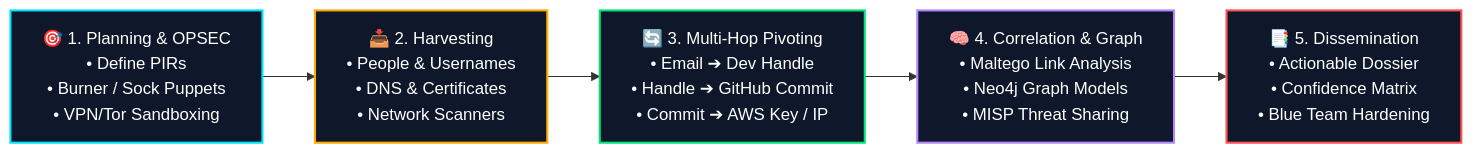
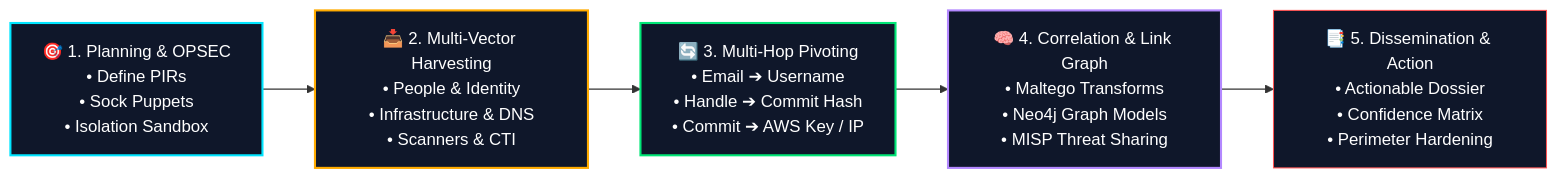
The first of 16 diagrams in OSINT/Over all OSINT/OSINT_Complete_Framework_and_Investigation_Guide.md (sivaoffl04/Cyber-Blog), drawn with Mermaid before and after one commit. The commit also changed other lines of this file and 1 other file, not shown here.

````diff
--- a/OSINT/Over all OSINT/OSINT_Complete_Framework_and_Investigation_Guide.md
+++ b/OSINT/Over all OSINT/OSINT_Complete_Framework_and_Investigation_Guide.md
@@ -29,14 +29,29 @@
 ```mermaid
 flowchart LR
-    P["🎯 1. Planning & OPSEC\n• Define PIRs\n• Burner / Sock Puppets\n• VPN/Tor Sandboxing"] 
-    --> C["📥 2. Harvesting\n• People & Usernames\n• DNS & Certificates\n• Network Scanners"]
-    --> PV["🔄 3. Multi-Hop Pivoting\n• Email ➔ Dev Handle\n• Handle ➔ GitHub Commit\n• Commit ➔ AWS Key / IP"]
-    --> A["🧠 4. Correlation & Graph\n• Maltego Link Analysis\n• Neo4j Graph Models\n• MISP Threat Sharing"]
-    --> D["📑 5. Dissemination\n• Actionable Dossier\n• Confidence Matrix\n• Blue Team Hardening"]
+    P["🎯 1. Planning & OPSEC
+• Define PIRs
+• Sock Puppets
+• Isolation Sandbox"] 
+    --> C["📥 2. Multi-Vector Harvesting
+• People & Identity
+• Infrastructure & DNS
+• Scanners & CTI"]
+    --> PV["🔄 3. Multi-Hop Pivoting
+• Email ➔ Username
+• Handle ➔ Commit Hash
+• Commit ➔ AWS Key / IP"]
+    --> A["🧠 4. Correlation & Link Graph
+• Maltego Transforms
+• Neo4j Graph Models
+• MISP Threat Sharing"]
+    --> D["📑 5. Dissemination & Action
+• Actionable Dossier
+• Confidence Matrix
+• Perimeter Hardening"]
 
     style P fill:#0f172a,stroke:#00e5ff,stroke-width:2px,color:#fff
     style C fill:#0f172a,stroke:#ffab00,stroke-width:2px,color:#fff
     style PV fill:#0f172a,stroke:#00e676,stroke-width:2px,color:#fff
     style A fill:#0f172a,stroke:#b388ff,stroke-width:2px,color:#fff
-    style D fill:#0f172a,stroke:#ff5252,stroke-width:2px,color:#fff
+    style D fill:#0f172a,stroke:#ff5252,color:#fff
 ```
````
